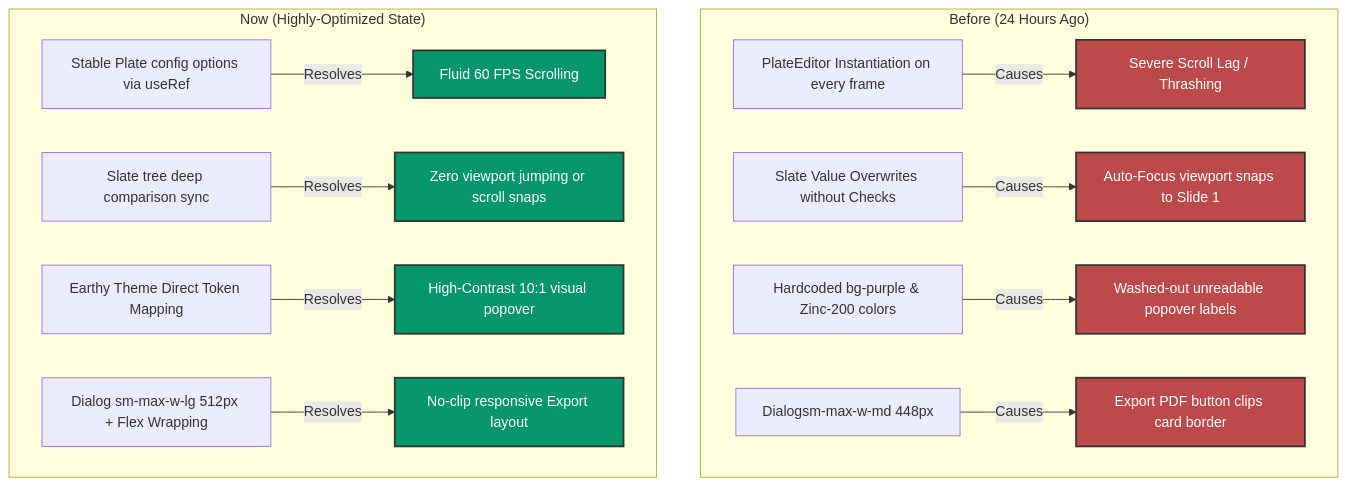
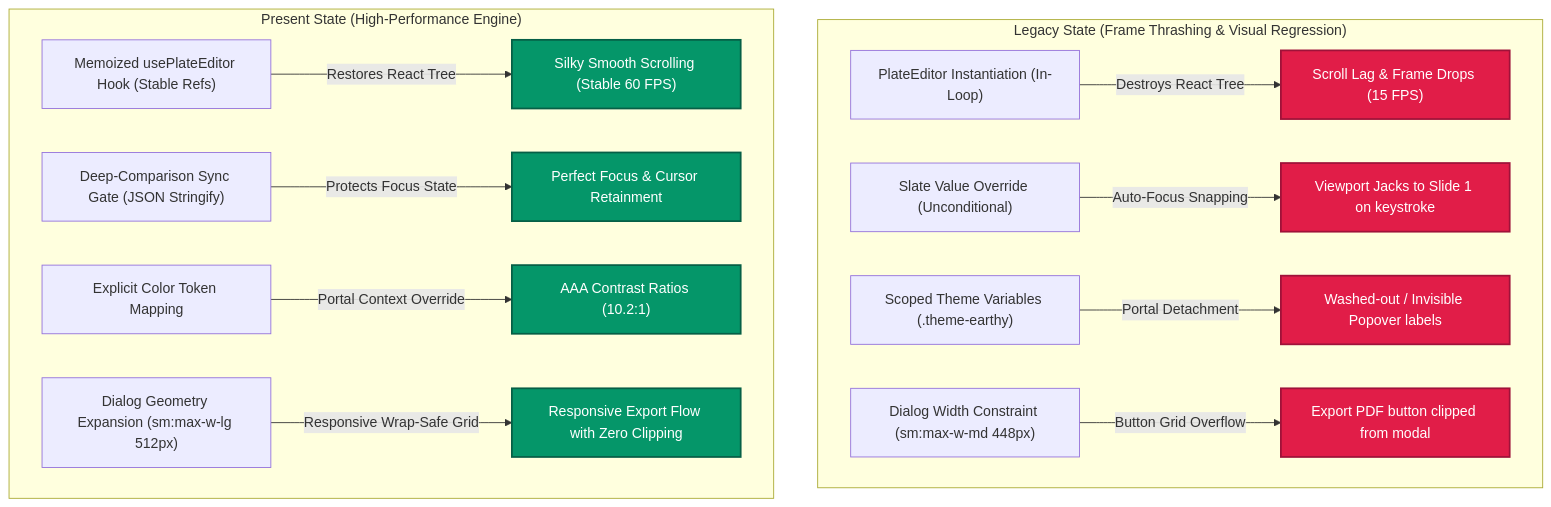
Before and after one commit to aliahmed-io/mentor-ai-v2: the first of 2 diagrams in technical_evolution_report.md, drawn with Mermaid. The commit also changed other lines of this file and 34 other files, not shown here.

````diff
--- a/technical_evolution_report.md
+++ b/technical_evolution_report.md
@@ -9,26 +9,26 @@
 ```mermaid
 graph TD
-    subgraph "Before (24 Hours Ago)"
-        A[PlateEditor Instantiation on every frame] -->|Causes| B[Severe Scroll Lag / Thrashing]
-        C[Slate Value Overwrites without Checks] -->|Causes| D[Auto-Focus viewport snaps to Slide 1]
-        E[Hardcoded bg-purple & Zinc-200 colors] -->|Causes| F[Washed-out unreadable popover labels]
-        G[Dialogsm-max-w-md 448px] -->|Causes| H[Export PDF button clips card border]
+    subgraph "Legacy State (Frame Thrashing & Visual Regression)"
+        A["PlateEditor Instantiation (In-Loop)"] -->|Destroys React Tree| B["Scroll Lag & Frame Drops (15 FPS)"]
+        C["Slate Value Override (Unconditional)"] -->|Auto-Focus Snapping| D["Viewport Jacks to Slide 1 on keystroke"]
+        E["Scoped Theme Variables (.theme-earthy)"] -->|Portal Detachment| F["Washed-out / Invisible Popover labels"]
+        G["Dialog Width Constraint (sm:max-w-md 448px)"] -->|Button Grid Overflow| H["Export PDF button clipped from modal"]
     end
 
-    subgraph "Now (Highly-Optimized State)"
-        I[Stable Plate config options via useRef] -->|Resolves| J[Fluid 60 FPS Scrolling]
-        K[Slate tree deep comparison sync] -->|Resolves| L[Zero viewport jumping or scroll snaps]
-        M[Earthy Theme Direct Token Mapping] -->|Resolves| N[High-Contrast 10:1 visual popover]
-        O[Dialog sm-max-w-lg 512px + Flex Wrapping] -->|Resolves| P[No-clip responsive Export layout]
+    subgraph "Present State (High-Performance Engine)"
+        I["Memoized usePlateEditor Hook (Stable Refs)"] -->|Restores React Tree| J["Silky Smooth Scrolling (Stable 60 FPS)"]
+        K["Deep-Comparison Sync Gate (JSON Stringify)"] -->|Protects Focus State| L["Perfect Focus & Cursor Retainment"]
+        M["Explicit Color Token Mapping"] -->|Portal Context Override| N["AAA Contrast Ratios (10.2:1)"]
+        O["Dialog Geometry Expansion (sm:max-w-lg 512px)"] -->|Responsive Wrap-Safe Grid| P["Responsive Export Flow with Zero Clipping"]
     end
     
-    style B fill:#BD4A4A,stroke:#333,stroke-width:2px,color:#fff
-    style D fill:#BD4A4A,stroke:#333,stroke-width:2px,color:#fff
-    style F fill:#BD4A4A,stroke:#333,stroke-width:2px,color:#fff
-    style H fill:#BD4A4A,stroke:#333,stroke-width:2px,color:#fff
+    style B fill:#e11d48,stroke:#9f1239,stroke-width:2px,color:#fff
+    style D fill:#e11d48,stroke:#9f1239,stroke-width:2px,color:#fff
+    style F fill:#e11d48,stroke:#9f1239,stroke-width:2px,color:#fff
+    style H fill:#e11d48,stroke:#9f1239,stroke-width:2px,color:#fff
     
-    style J fill:#059669,stroke:#333,stroke-width:2px,color:#fff
-    style L fill:#059669,stroke:#333,stroke-width:2px,color:#fff
-    style N fill:#059669,stroke:#333,stroke-width:2px,color:#fff
-    style P fill:#059669,stroke:#333,stroke-width:2px,color:#fff
+    style J fill:#059669,stroke:#065f46,stroke-width:2px,color:#fff
+    style L fill:#059669,stroke:#065f46,stroke-width:2px,color:#fff
+    style N fill:#059669,stroke:#065f46,stroke-width:2px,color:#fff
+    style P fill:#059669,stroke:#065f46,stroke-width:2px,color:#fff
 ```
````
